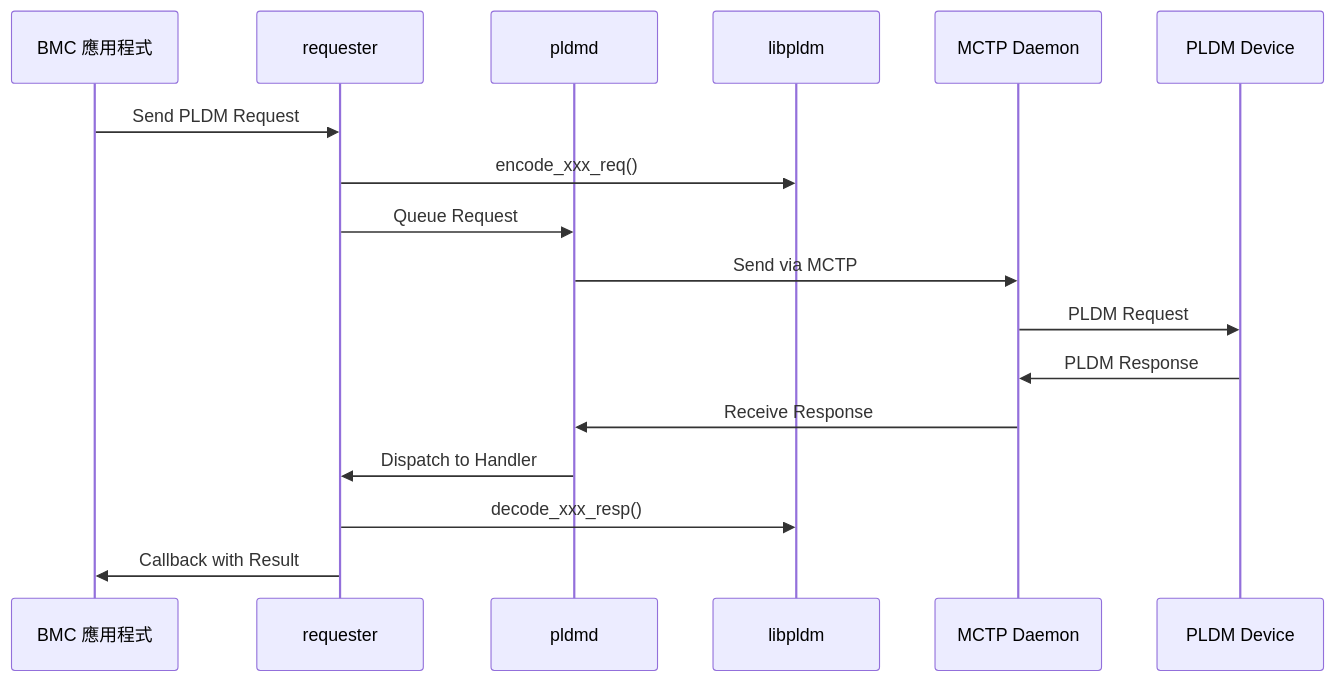
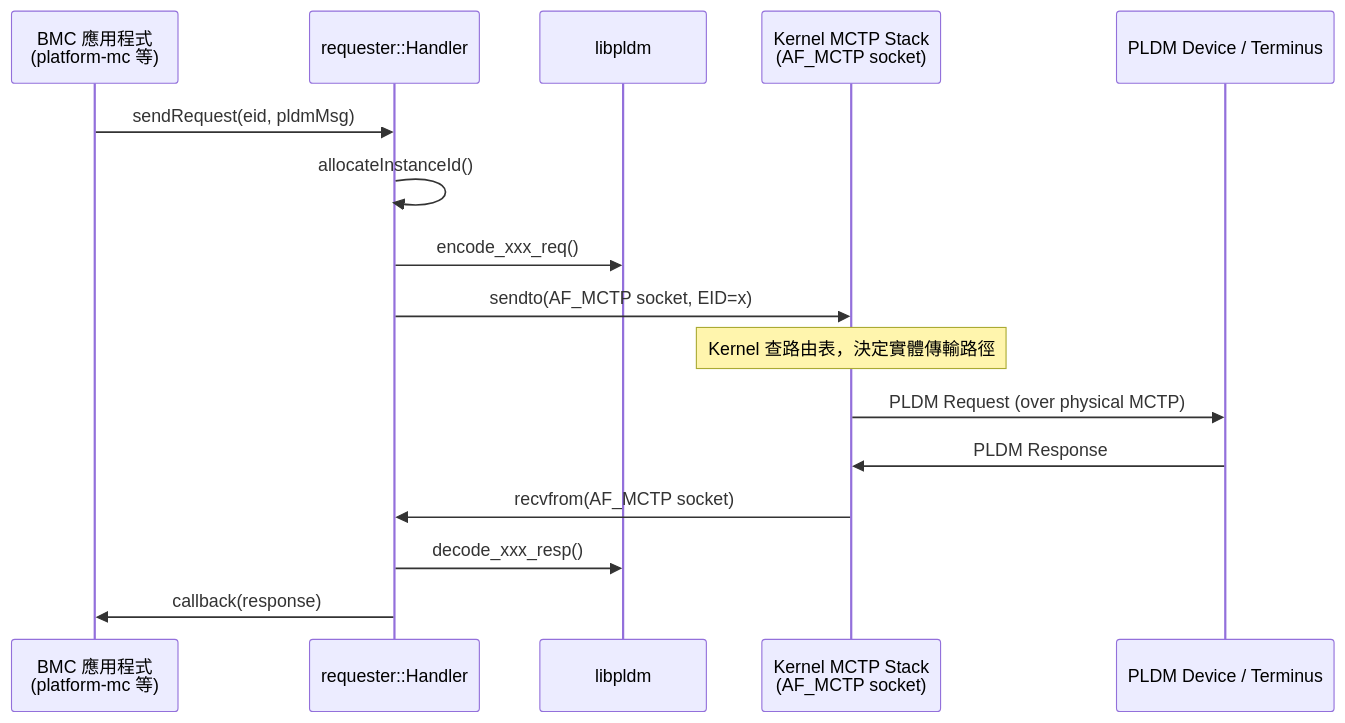
The fifth of 5 diagrams in pldm/Architecture.md (chilung-cgu/bmc-firmware-knowledge-base), drawn with Mermaid before and after one commit. The commit also changed other lines of this file and 4 other files, not shown here.

First line of the commit message:
docs(pldm): 修正 mctpd/mctp-demux 架構混淆與流程圖

````diff
--- a/pldm/Architecture.md
+++ b/pldm/Architecture.md
@@ -271,20 +280,19 @@
 ```mermaid
 sequenceDiagram
-    participant App as BMC 應用程式
-    participant Req as requester
-    participant pldmd as pldmd
+    participant App as BMC 應用程式<br/>(platform-mc 等)
+    participant Req as requester::Handler
     participant libpldm as libpldm
-    participant MCTP as MCTP Daemon
-    participant Device as PLDM Device
+    participant KernelMCTP as Kernel MCTP Stack<br/>(AF_MCTP socket)
+    participant Device as PLDM Device / Terminus
 
-    App->>Req: Send PLDM Request
+    App->>Req: sendRequest(eid, pldmMsg)
+    Req->>Req: allocateInstanceId()
     Req->>libpldm: encode_xxx_req()
-    Req->>pldmd: Queue Request
-    pldmd->>MCTP: Send via MCTP
-    MCTP->>Device: PLDM Request
-    Device->>MCTP: PLDM Response
-    MCTP->>pldmd: Receive Response
-    pldmd->>Req: Dispatch to Handler
+    Req->>KernelMCTP: sendto(AF_MCTP socket, EID=x)
+    Note over KernelMCTP: Kernel 查路由表，決定實體傳輸路徑
+    KernelMCTP->>Device: PLDM Request (over physical MCTP)
+    Device->>KernelMCTP: PLDM Response
+    KernelMCTP->>Req: recvfrom(AF_MCTP socket)
     Req->>libpldm: decode_xxx_resp()
-    Req->>App: Callback with Result
+    Req->>App: callback(response)
 ```
````
